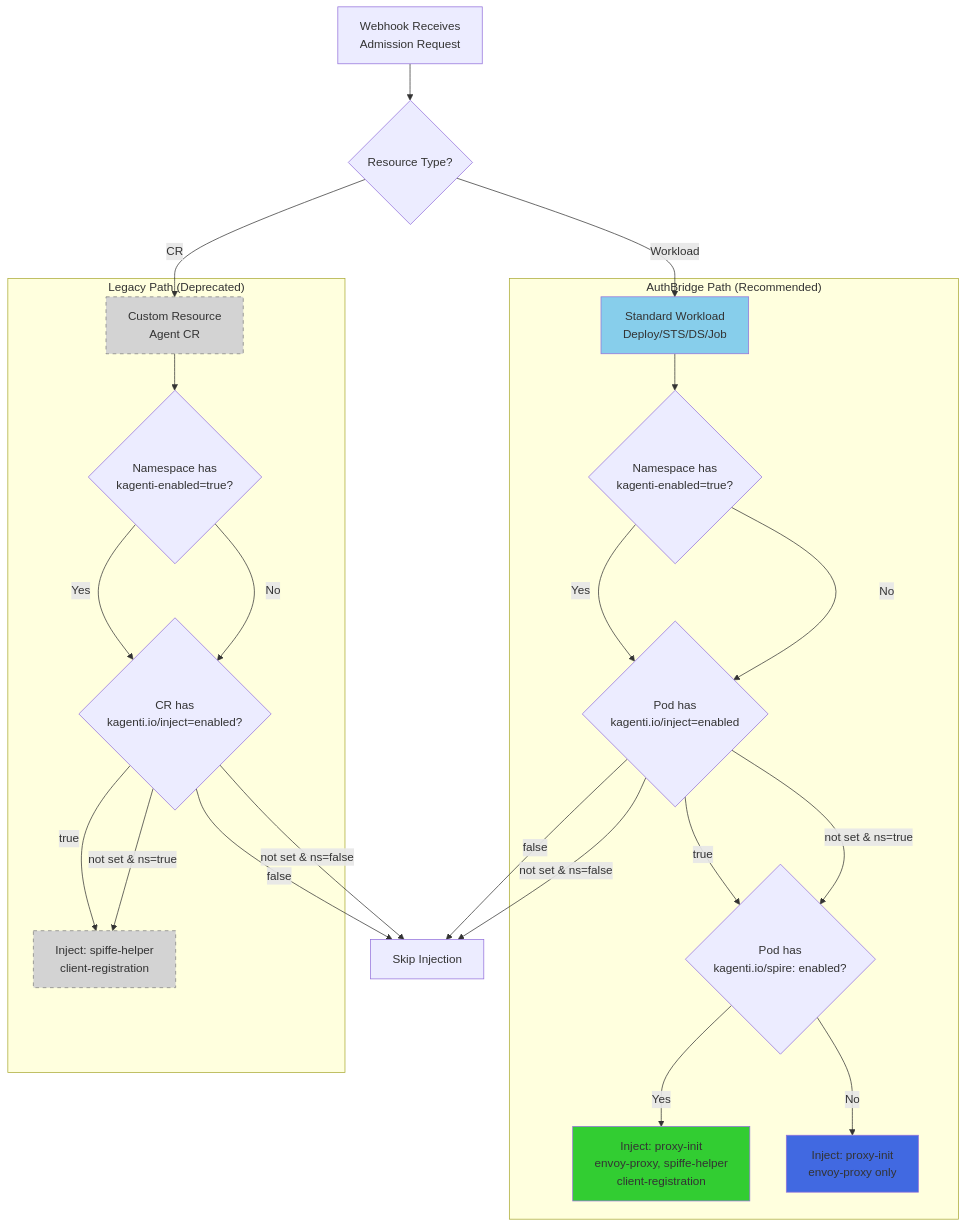
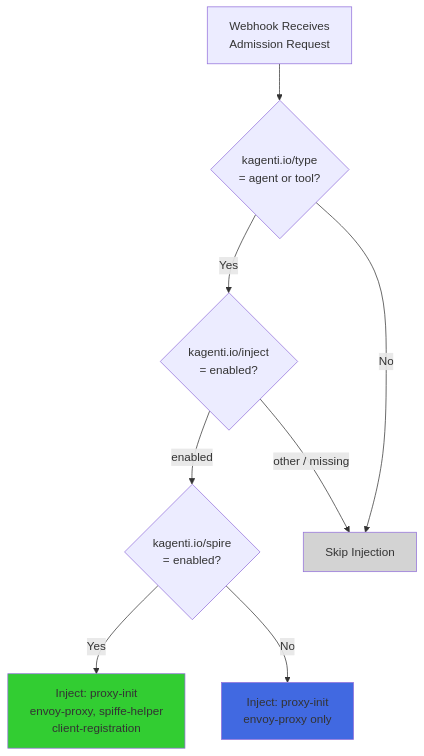
One commit to cwiklik/kagenti-extensions changed the fourth of 4 diagrams in kagenti-webhook/ARCHITECTURE.md. Above: the diagram before and after it, drawn with Mermaid. The commit also changed other lines of this file and 17 other files, not shown here.

First line of the commit message:
chore: Remove deprecated Agent CR webhook and kagenti/operator dependency

````diff
--- a/kagenti-webhook/ARCHITECTURE.md
+++ b/kagenti-webhook/ARCHITECTURE.md
@@ -179,52 +128,25 @@
 ```mermaid
 graph TD
     START[Webhook Receives<br/>Admission Request]
-    CHECK_TYPE{Resource Type?}
 
-    subgraph "AuthBridge Path (Recommended)"
-        WORKLOAD[Standard Workload<br/>Deploy/STS/DS/Job]
-        CHECK_NS_AB{Namespace has<br/>kagenti-enabled=true?}
-        CHECK_LABEL{Pod has<br/>kagenti.io/inject=enabled}
-        CHECK_SPIRE{Pod has<br/>kagenti.io/spire: enabled?}
-        INJECT_FULL[Inject: proxy-init<br/>envoy-proxy, spiffe-helper<br/>client-registration]
-        INJECT_BASIC[Inject: proxy-init<br/>envoy-proxy only]
-    end
+    CHECK_TYPE{kagenti.io/type<br/>= agent or tool?}
+    CHECK_INJECT{kagenti.io/inject<br/>= enabled?}
+    CHECK_SPIRE{kagenti.io/spire<br/>= enabled?}
 
-    subgraph "Legacy Path (Deprecated)"
-        CUSTOM[Custom Resource<br/>Agent CR]
-        CHECK_NS_LEG{Namespace has<br/>kagenti-enabled=true?}
-        CHECK_ANNO{CR has<br/>kagenti.io/inject=enabled?}
-        INJECT_SPIRE[Inject: spiffe-helper<br/>client-registration]
-    end
-
+    INJECT_FULL[Inject: proxy-init<br/>envoy-proxy, spiffe-helper<br/>client-registration]
+    INJECT_BASIC[Inject: proxy-init<br/>envoy-proxy only]
     SKIP[Skip Injection]
 
     START --> CHECK_TYPE
-    CHECK_TYPE -->|Workload| WORKLOAD
-    CHECK_TYPE -->|CR| CUSTOM
-
-    WORKLOAD --> CHECK_NS_AB
-    CHECK_NS_AB -->|Yes| CHECK_LABEL
-    CHECK_NS_AB -->|No| CHECK_LABEL
-    CHECK_LABEL -->|true| CHECK_SPIRE
-    CHECK_LABEL -->|false| SKIP
-    CHECK_LABEL -->|not set & ns=true| CHECK_SPIRE
-    CHECK_LABEL -->|not set & ns=false| SKIP
+    CHECK_TYPE -->|No| SKIP
+    CHECK_TYPE -->|Yes| CHECK_INJECT
+    CHECK_INJECT -->|enabled| CHECK_SPIRE
+    CHECK_INJECT -->|other / missing| SKIP
 
     CHECK_SPIRE -->|Yes| INJECT_FULL
     CHECK_SPIRE -->|No| INJECT_BASIC
 
-    CUSTOM --> CHECK_NS_LEG
-    CHECK_NS_LEG -->|Yes| CHECK_ANNO
-    CHECK_NS_LEG -->|No| CHECK_ANNO
-    CHECK_ANNO -->|true| INJECT_SPIRE
-    CHECK_ANNO -->|false| SKIP
-    CHECK_ANNO -->|not set & ns=true| INJECT_SPIRE
-    CHECK_ANNO -->|not set & ns=false| SKIP
-
     style INJECT_FULL fill:#32CD32
     style INJECT_BASIC fill:#4169E1
-    style INJECT_SPIRE fill:#D3D3D3,stroke:#808080,stroke-dasharray: 5 5
-    style WORKLOAD fill:#87CEEB
-    style CUSTOM fill:#D3D3D3,stroke:#808080,stroke-dasharray: 5 5
+    style SKIP fill:#D3D3D3
 ```
````
